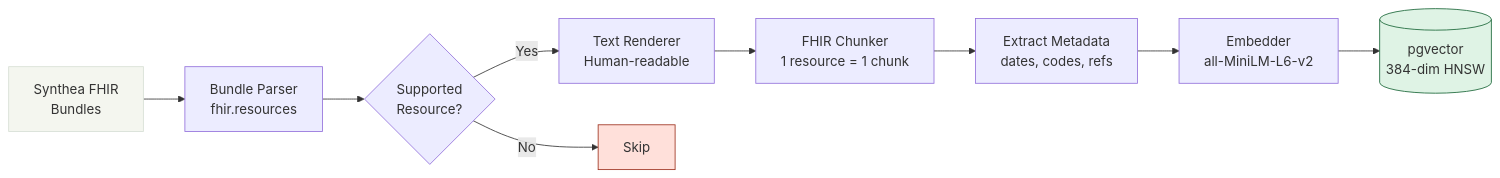
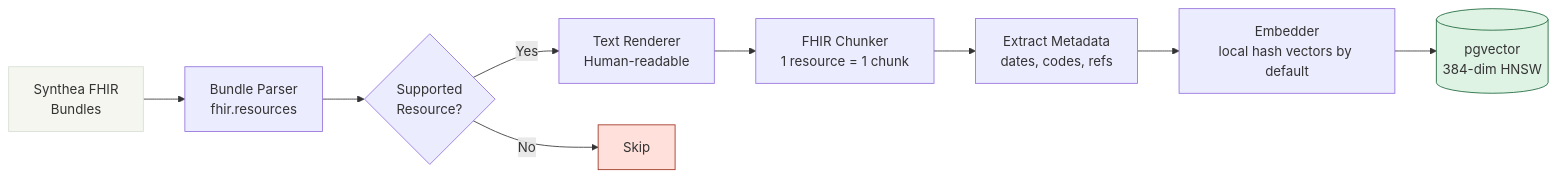
The third of 7 diagrams in README.md (budityw23/fhir-rag), drawn with Mermaid before and after one commit. The commit also changed other lines of this file and 31 other files, not shown here.

````diff
--- a/README.md
+++ b/README.md
@@ -93,15 +93,15 @@
 ```mermaid
 flowchart LR
     A[Synthea FHIR<br/>Bundles] --> B[Bundle Parser<br/>fhir.resources]
     B --> C{Supported<br/>Resource?}
     C -->|Yes| D[Text Renderer<br/>Human-readable]
     C -->|No| X[Skip]
     D --> E[FHIR Chunker<br/>1 resource = 1 chunk]
     E --> F[Extract Metadata<br/>dates, codes, refs]
-    F --> G[Embedder<br/>all-MiniLM-L6-v2]
+    F --> G[Embedder<br/>local hash vectors by default]
     G --> H[(pgvector<br/>384-dim HNSW)]
 
     style A fill:#f4f6ef,stroke:#d7dfd5
     style H fill:#dff3e5,stroke:#176536
     style X fill:#ffe0da,stroke:#9d301d
 ```
````
